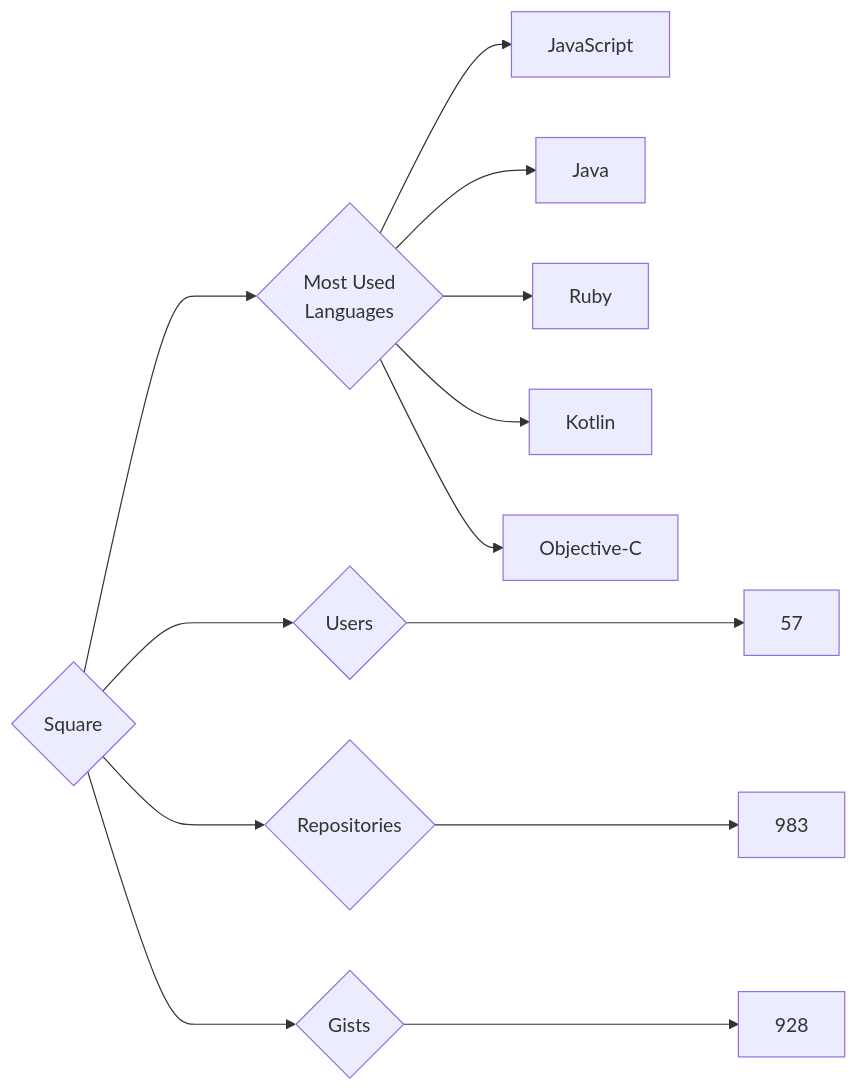
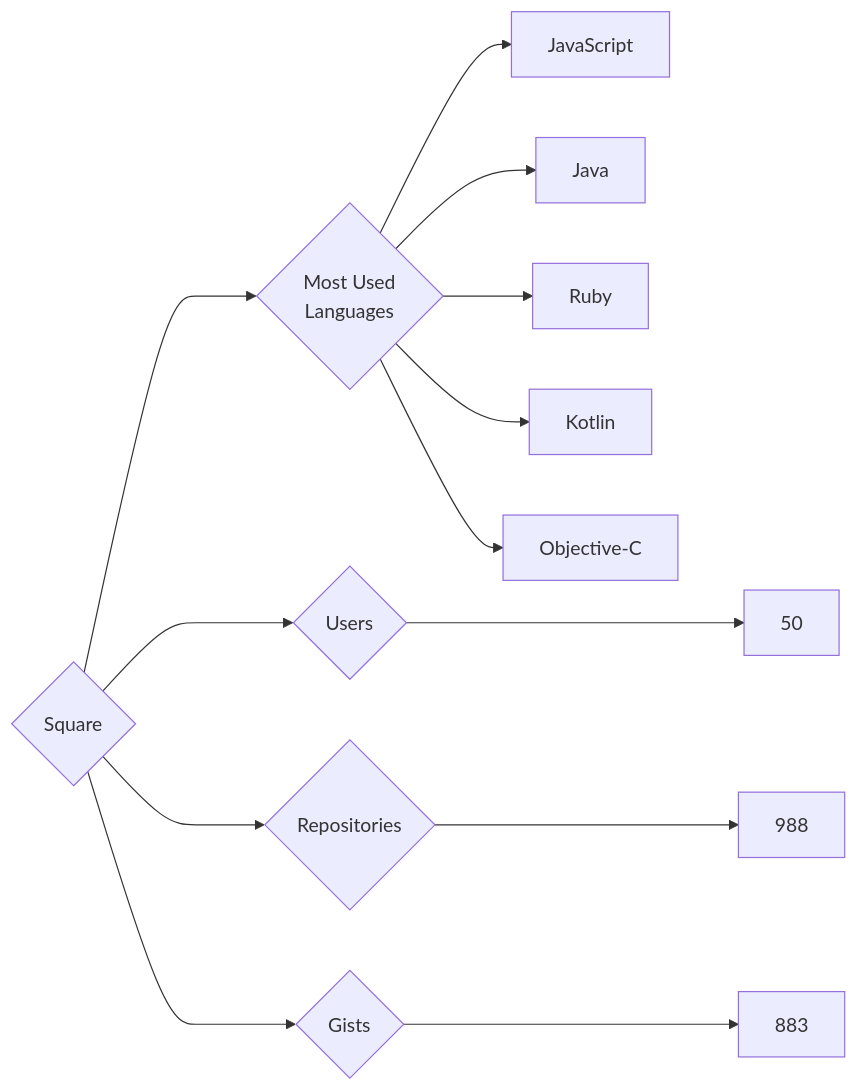
Before and after one commit to trickest/insiders: the diagram in targets/Square/README.md, drawn with Mermaid. The commit also changed 814 other files, not shown here.

````diff
--- a/targets/Square/README.md
+++ b/targets/Square/README.md
@@ -3,13 +3,13 @@
 ```mermaid
 graph LR
 COMPANY_NAME{Square}
-COMPANY_NAME ---> U{Users} ---> UN[57]
-COMPANY_NAME ---> R{Repositories} ---> RN[983]
-COMPANY_NAME ---> G{Gists} ---> GN[928]
+COMPANY_NAME ---> U{Users} ---> UN[50]
+COMPANY_NAME ---> R{Repositories} ---> RN[988]
+COMPANY_NAME ---> G{Gists} ---> GN[883]
 COMPANY_NAME ---> ML{Most Used<br>Languages}
 ML --> JavaScript[JavaScript]
 ML --> Java[Java]
 ML --> Ruby[Ruby]
 ML --> Kotlin[Kotlin]
 ML --> Objective-C[Objective-C]
 ```
````
